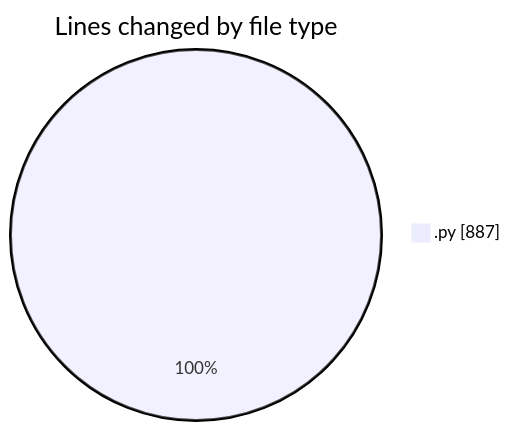
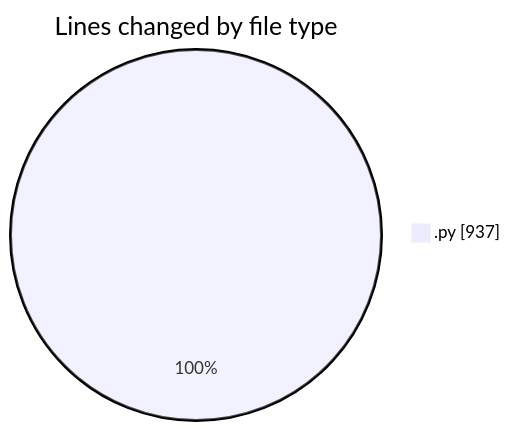
One commit to MatusMokan/code-tracking changed the first of 2 diagrams in 2025-01-12/myws__workspace_/README.md. Above: the diagram before and after it, drawn with Mermaid. The commit also changed other lines of this file and 1 other file, not shown here.

````diff
--- a/2025-01-12/myws__workspace_/README.md
+++ b/2025-01-12/myws__workspace_/README.md
@@ -22,5 +22,5 @@
 ```mermaid
 pie showData
 title Lines changed by file type
-".py" : 887
+".py" : 937
 ```
````
